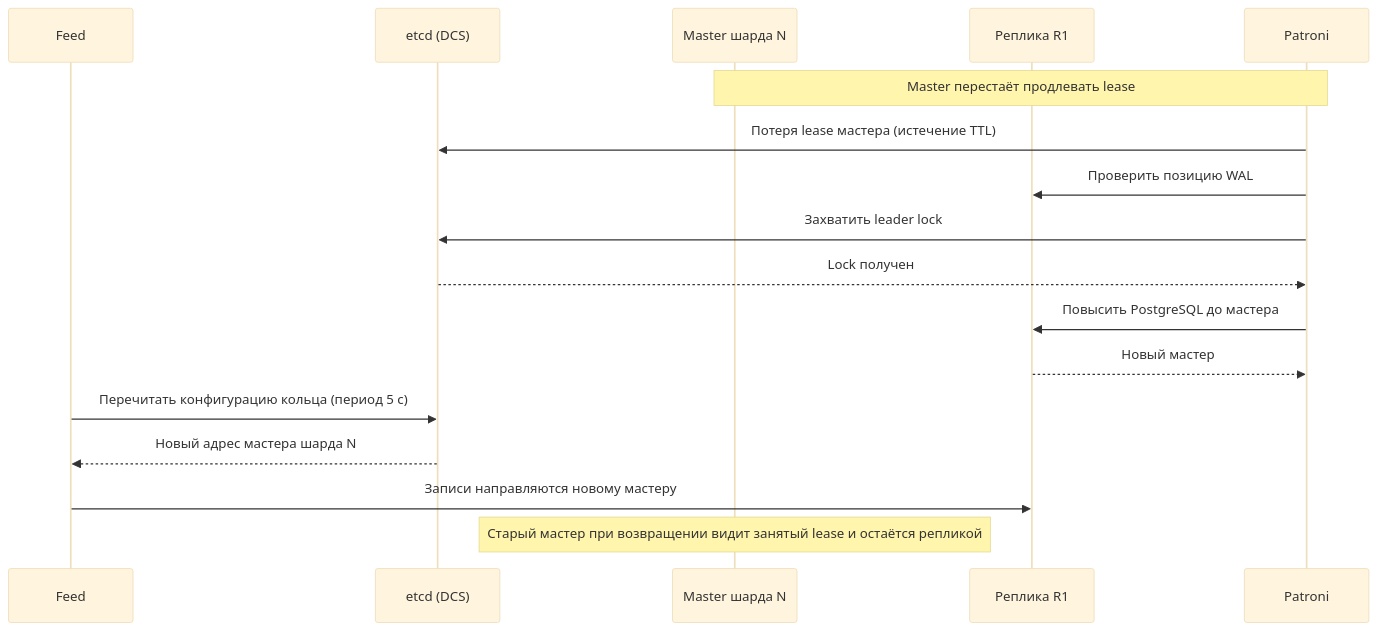
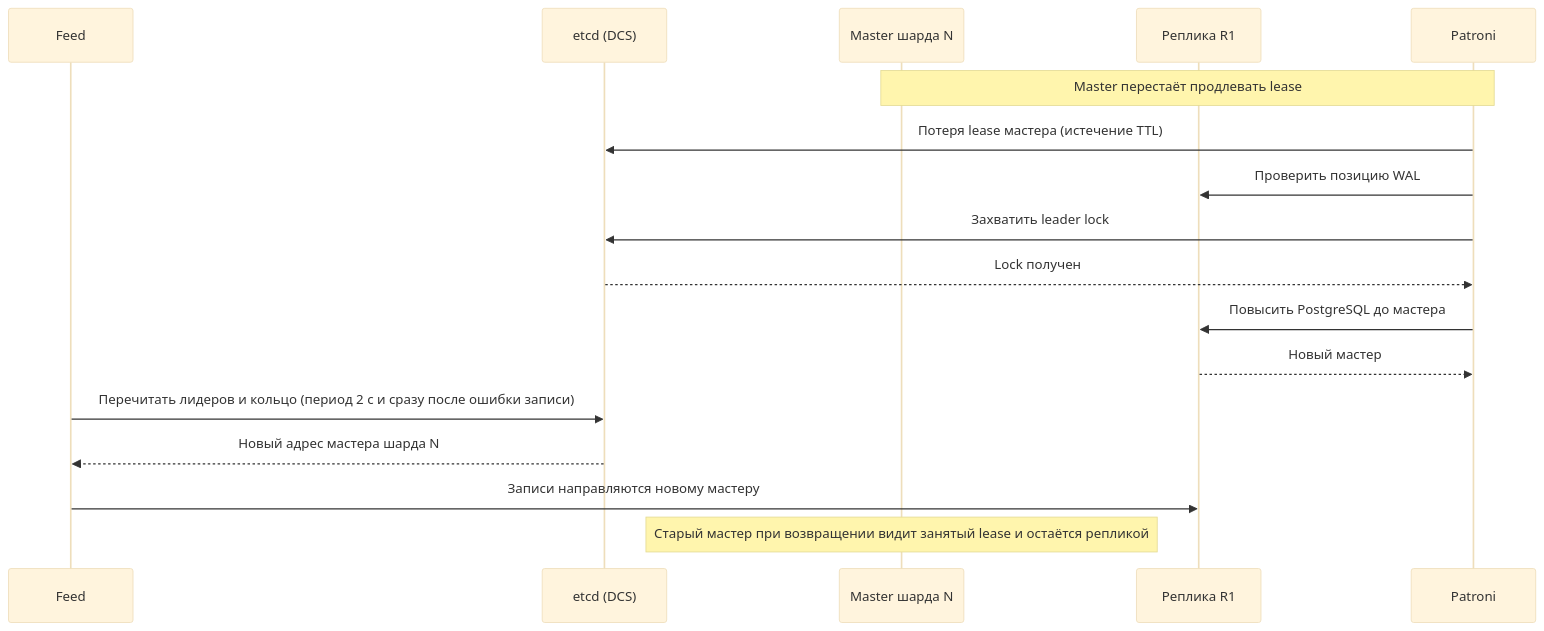
The sixth of 6 diagrams in docs/tr.md (spbu-ds-practicum-2026/apotheosis), drawn with Mermaid (base theme) before and after one commit. The commit also changed other lines of this file and 24 other files, not shown here.

````diff
--- a/docs/tr.md
+++ b/docs/tr.md
@@ -392,20 +393,20 @@
 ```mermaid
 sequenceDiagram
   participant Feed
   participant Etcd as etcd (DCS)
   participant Master as Master шарда N
   participant Replica as Реплика R1
   participant Patroni
 
   Note over Master,Patroni: Master перестаёт продлевать lease
   Patroni->>Etcd: Потеря lease мастера (истечение TTL)
   Patroni->>Replica: Проверить позицию WAL
   Patroni->>Etcd: Захватить leader lock
   Etcd-->>Patroni: Lock получен
   Patroni->>Replica: Повысить PostgreSQL до мастера
   Replica-->>Patroni: Новый мастер
-  Feed->>Etcd: Перечитать конфигурацию кольца (период 5 с)
+  Feed->>Etcd: Перечитать лидеров и кольцо (период 2 с и сразу после ошибки записи)
   Etcd-->>Feed: Новый адрес мастера шарда N
   Feed->>Replica: Записи направляются новому мастеру
   Note over Master: Старый мастер при возвращении видит занятый lease и остаётся репликой
 ```
````
